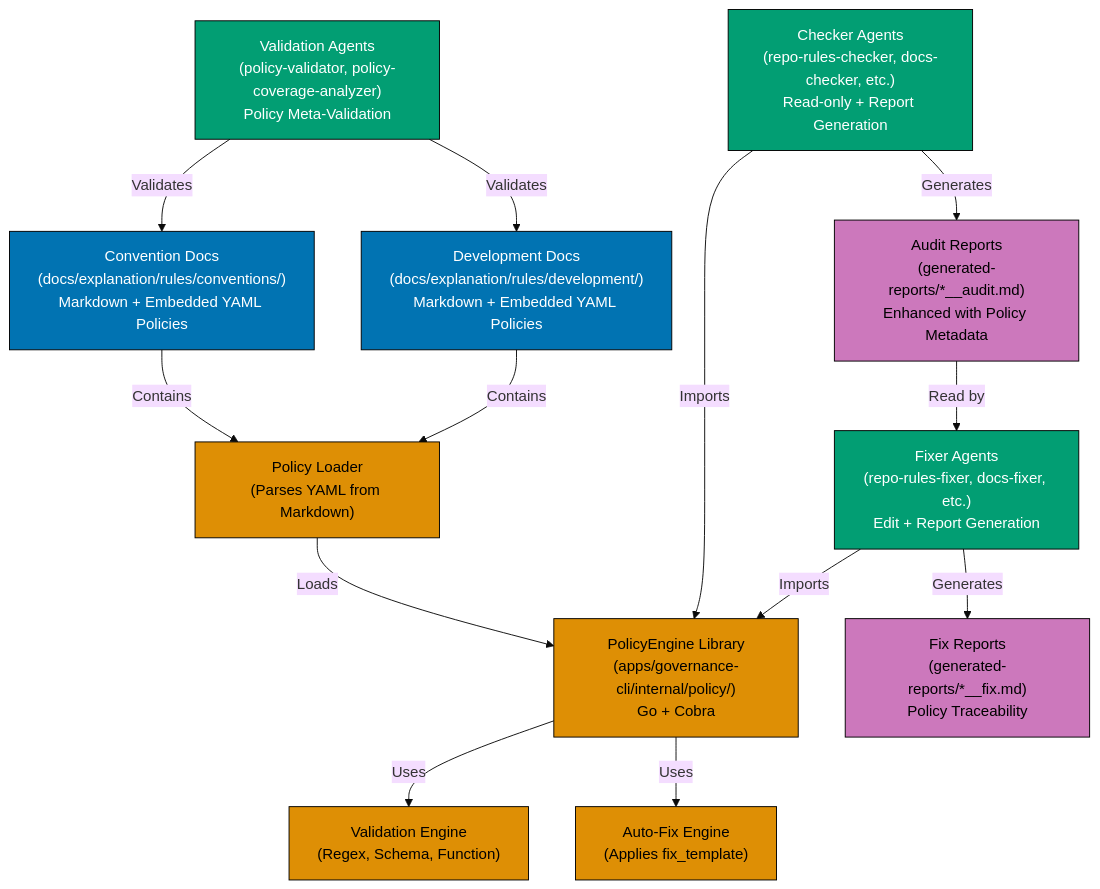
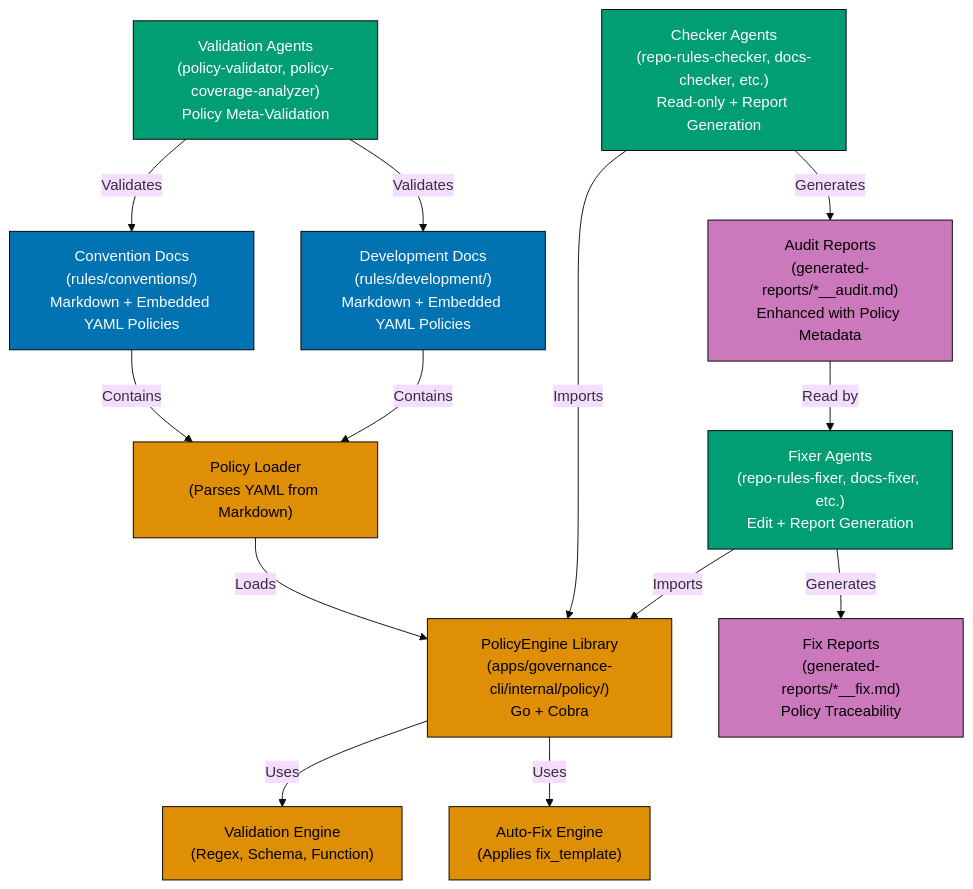
One commit to wahidyankf/open-sharia-enterprise changed the diagram in plans/backlog/2025-12-25__policy-as-a-code/tech-docs.md. Above: the diagram before and after it, drawn with Mermaid. The commit also changed other lines of this file and 267 other files, not shown here.

First line of the commit message:
refactor: move docs/explanation/rules/ to /rules/ (separate from Obsidian docs)

````diff
--- a/plans/backlog/2025-12-25__policy-as-a-code/tech-docs.md
+++ b/plans/backlog/2025-12-25__policy-as-a-code/tech-docs.md
@@ -1231,51 +1231,51 @@
 ```mermaid
 %%{init: {'theme': 'base', 'themeVariables': { 'fontSize': '16px'}}}%%
 graph TB
     %% Storage Layer
-    ConvDocs["Convention Docs<br/>(docs/explanation/rules/conventions/)<br/>Markdown + Embedded YAML Policies"]
-    DevDocs["Development Docs<br/>(docs/explanation/rules/development/)<br/>Markdown + Embedded YAML Policies"]
+    ConvDocs["Convention Docs<br/>(rules/conventions/)<br/>Markdown + Embedded YAML Policies"]
+    DevDocs["Development Docs<br/>(rules/development/)<br/>Markdown + Embedded YAML Policies"]
 
     %% Policy Engine
     PolicyEngine["PolicyEngine Library<br/>(apps/governance-cli/internal/policy/)<br/>Go + Cobra"]
     PolicyLoader["Policy Loader<br/>(Parses YAML from Markdown)"]
     Validator["Validation Engine<br/>(Regex, Schema, Function)"]
     AutoFixer["Auto-Fix Engine<br/>(Applies fix_template)"]
 
     %% Agents
     Checkers["Checker Agents<br/>(repo-rules-checker, docs-checker, etc.)<br/>Read-only + Report Generation"]
     Fixers["Fixer Agents<br/>(repo-rules-fixer, docs-fixer, etc.)<br/>Edit + Report Generation"]
     Validators["Validation Agents<br/>(policy-validator, policy-coverage-analyzer)<br/>Policy Meta-Validation"]
 
     %% Reports
     AuditReports["Audit Reports<br/>(generated-reports/*__audit.md)<br/>Enhanced with Policy Metadata"]
     FixReports["Fix Reports<br/>(generated-reports/*__fix.md)<br/>Policy Traceability"]
 
     %% Relationships
     ConvDocs -->|Contains| PolicyLoader
     DevDocs -->|Contains| PolicyLoader
 
     PolicyLoader -->|Loads| PolicyEngine
     PolicyEngine -->|Uses| Validator
     PolicyEngine -->|Uses| AutoFixer
 
     Checkers -->|Imports| PolicyEngine
     Fixers -->|Imports| PolicyEngine
     Validators -->|Validates| ConvDocs
     Validators -->|Validates| DevDocs
 
     Checkers -->|Generates| AuditReports
     Fixers -->|Generates| FixReports
 
     AuditReports -->|Read by| Fixers
 
     %% Styling
     classDef storage fill:#0173B2,stroke:#000,color:#fff
     classDef engine fill:#DE8F05,stroke:#000,color:#000
     classDef agent fill:#029E73,stroke:#000,color:#fff
     classDef report fill:#CC78BC,stroke:#000,color:#000
 
     class ConvDocs,DevDocs storage
     class PolicyEngine,PolicyLoader,Validator,AutoFixer engine
     class Checkers,Fixers,Validators agent
     class AuditReports,FixReports report
 ```
````
